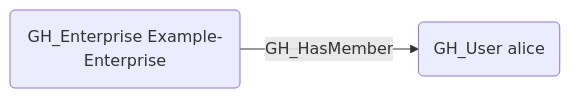
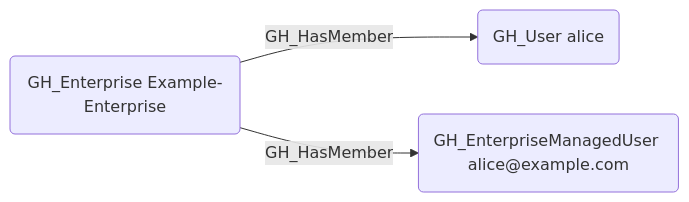
Before and after one commit to SpecterOps/GitHound: the diagram in Documentation/EdgeDescriptions/GH_HasMember.md, drawn with Mermaid. The commit also changed other lines of this file and 7 other files, not shown here.

````diff
--- a/Documentation/EdgeDescriptions/GH_HasMember.md
+++ b/Documentation/EdgeDescriptions/GH_HasMember.md
@@ -14,6 +14,8 @@
 ```mermaid
 graph LR
     ent("GH_Enterprise Example-Enterprise")
     user("GH_User alice")
+    emu("GH_EnterpriseManagedUser alice@example.com")
     ent -- GH_HasMember --> user
+    ent -- GH_HasMember --> emu
 ```
````
